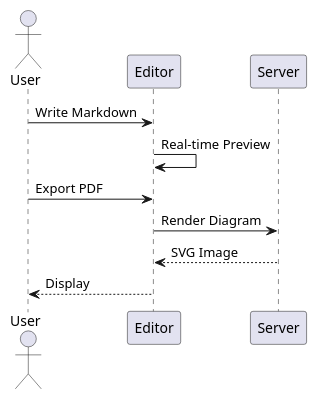
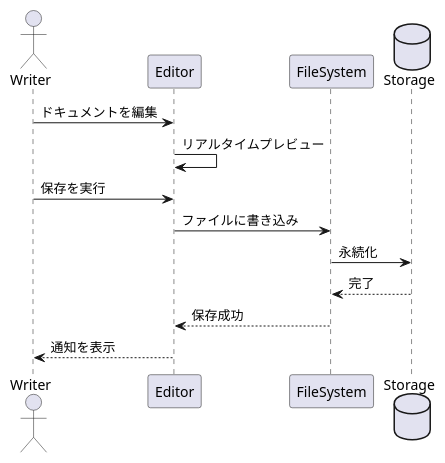
One commit to kiyotaka-ueda/anytime-markdown changed the second of 2 diagrams in packages/editor-core/src/constants/templates/markdownAll.md. Above: the diagram before and after it, drawn with PlantUML. The commit also changed other lines of this file and 3 other files, not shown here.

First line of the commit message:
feat(editor-core): Welcome テンプレート改善・Markdown All テンプレート刷新

````diff
--- a/packages/editor-core/src/constants/templates/markdownAll.md
+++ b/packages/editor-core/src/constants/templates/markdownAll.md
@@ -116,12 +164,15 @@
 ```plantuml
-actor User
+actor Writer
 participant Editor
-participant Server
+participant FileSystem
+database Storage
 
-User -> Editor: Write Markdown
-Editor -> Editor: Real-time Preview
-User -> Editor: Export PDF
-Editor -> Server: Render Diagram
-Server --> Editor: SVG Image
-Editor --> User: Display
+Writer -> Editor: ドキュメントを編集
+Editor -> Editor: リアルタイムプレビュー
+Writer -> Editor: 保存を実行
+Editor -> FileSystem: ファイルに書き込み
+FileSystem -> Storage: 永続化
+Storage --> FileSystem: 完了
+FileSystem --> Editor: 保存成功
+Editor --> Writer: 通知を表示
 ```
````
